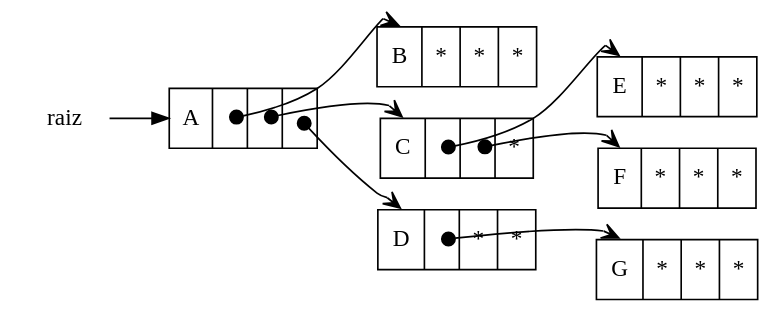
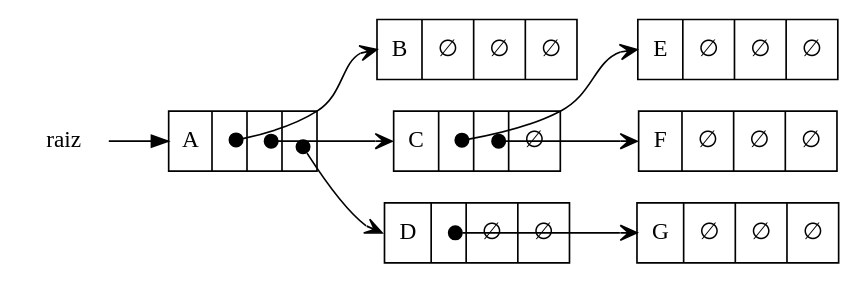
One commit to RolandTeodorowitsch/AlgoritmosEEstruturasDeDadosI changed the diagram in 05-arvores/imagens/arvore_a-enc.gv. Above: the diagram before and after it, drawn with Graphviz. The commit also changed 38 other files, not shown here.

```diff
--- a/05-arvores/imagens/arvore_a-enc.gv
+++ b/05-arvores/imagens/arvore_a-enc.gv
@@ -1,27 +1,27 @@
 digraph "Árvore A - V2" {
         rankdir=LR;
 
         node [shape=record];
 
         raiz -> A;
 
 	A [label="{ <data> A | <ref1> | <ref2> | <ref3> }"]
-        B [label="{ <data> B | <data> * | <data> * | <data> * }"]
-        C [label="{ <data> C | <ref1> | <ref2> | <data> * }"]
-        D [label="{ <data> D | <ref1> | <data> * | <data> * }"]
-        E [label="{ <data> E | <data> * | <data> * | <data> * }"]
-        F [label="{ <data> F | <data> * | <data> * | <data> * }"]
-        G [label="{ <data> G | <data> * | <data> * | <data> * }"]
+        B [label="{ <data> B | <data> ∅ | <data> ∅ | <data> ∅ }"]
+        C [label="{ <data> C | <ref1> | <ref2> | <data> ∅ }"]
+        D [label="{ <data> D | <ref1> | <data> ∅ | <data> ∅ }"]
+        E [label="{ <data> E | <data> ∅ | <data> ∅ | <data> ∅ }"]
+        F [label="{ <data> F | <data> ∅ | <data> ∅ | <data> ∅ }"]
+        G [label="{ <data> G | <data> ∅ | <data> ∅ | <data> ∅ }"]
 
         raiz [shape=plaintext]
 
-	A:ref1:c -> B:data:n [arrowhead=vee, arrowtail=dot, dir=both, tailclip=false];
-	A:ref2:c -> C:data:n [arrowhead=vee, arrowtail=dot, dir=both, tailclip=false];
-	A:ref3:c -> D:data:n [arrowhead=vee, arrowtail=dot, dir=both, tailclip=false];
+	A:ref1:c -> B:data:w [arrowhead=vee, arrowtail=dot, dir=both, tailclip=false];
+	A:ref2:c -> C:data:w [arrowhead=vee, arrowtail=dot, dir=both, tailclip=false];
+	A:ref3:c -> D:data:w [arrowhead=vee, arrowtail=dot, dir=both, tailclip=false];
 
-	C:ref1:c -> E:data:n [arrowhead=vee, arrowtail=dot, dir=both, tailclip=false];
-	C:ref2:c -> F:data:n [arrowhead=vee, arrowtail=dot, dir=both, tailclip=false];
+	C:ref1:c -> E:data:w [arrowhead=vee, arrowtail=dot, dir=both, tailclip=false];
+	C:ref2:c -> F:data:w [arrowhead=vee, arrowtail=dot, dir=both, tailclip=false];
 
-	D:ref1:c -> G:data:n [arrowhead=vee, arrowtail=dot, dir=both, tailclip=false];
+	D:ref1:c -> G:data:w [arrowhead=vee, arrowtail=dot, dir=both, tailclip=false];
 }
-# / &#8709; / * /
+# / &#8709; / ∅ /
```
